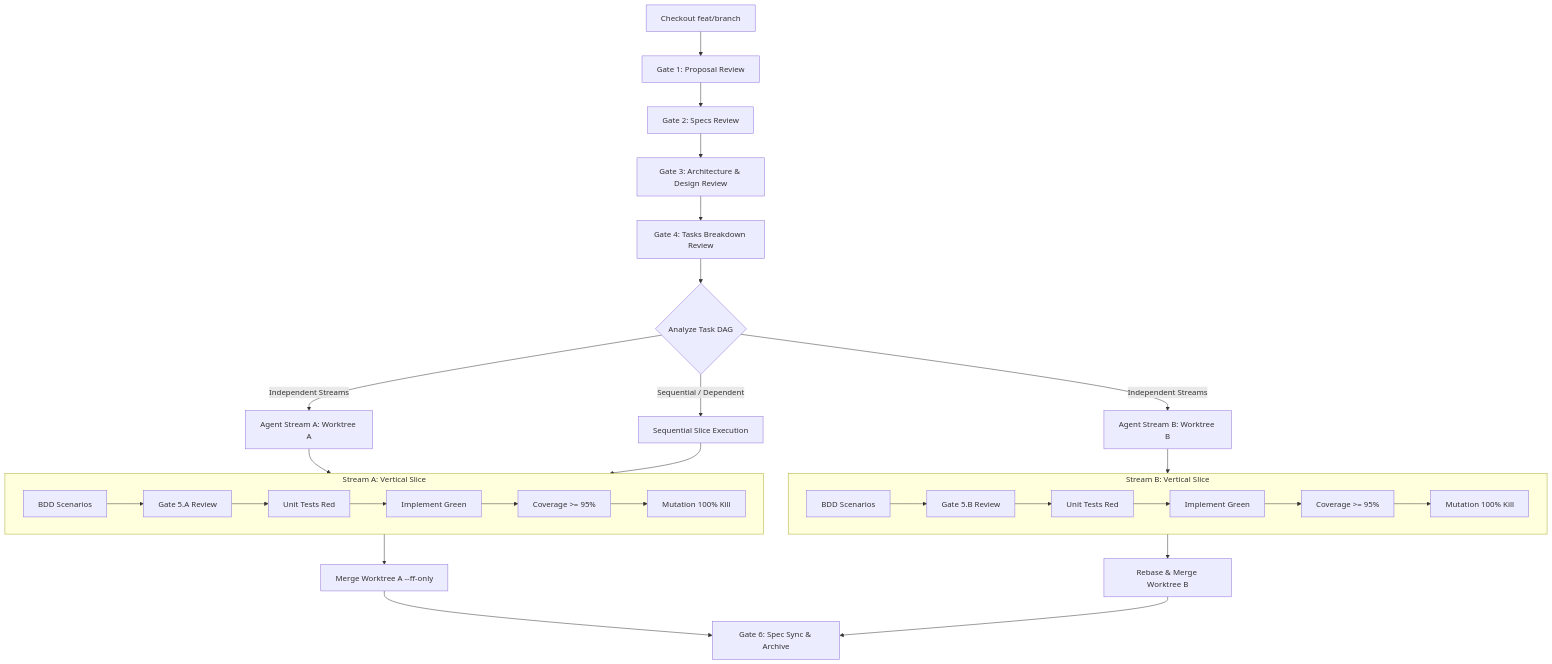
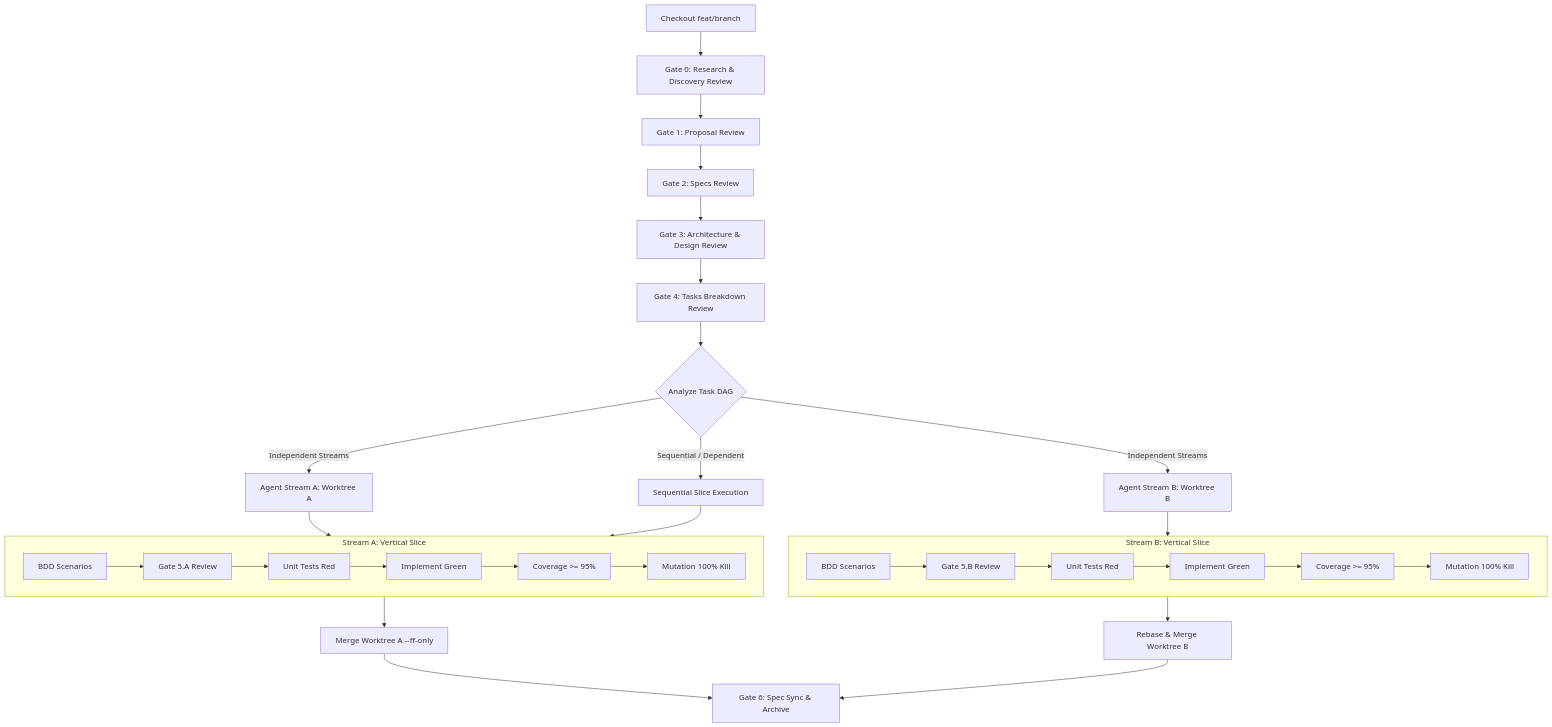
One commit to mgabs/sentiments changed the first of 2 diagrams in specs/WORKFLOW.md. Above: the diagram before and after it, drawn with Mermaid. The commit also changed other lines of this file and 1 other file, not shown here.

Commit message:
docs(workflow): mandate Gate 0 Research & Discovery before feature proposals

````diff
--- a/specs/WORKFLOW.md
+++ b/specs/WORKFLOW.md
@@ -84,37 +117,38 @@
 ```mermaid
 flowchart TD
-    B0[Checkout feat/branch] --> G1[Gate 1: Proposal Review]
+    B0[Checkout feat/branch] --> G0[Gate 0: Research & Discovery Review]
+    G0 --> G1[Gate 1: Proposal Review]
     G1 --> G2[Gate 2: Specs Review]
     G2 --> G3[Gate 3: Architecture & Design Review]
     G3 --> G4[Gate 4: Tasks Breakdown Review]
     G4 --> DAG{Analyze Task DAG}
 
     DAG -- Independent Streams --> S_A[Agent Stream A: Worktree A]
     DAG -- Independent Streams --> S_B[Agent Stream B: Worktree B]
     DAG -- Sequential / Dependent --> S_Seq[Sequential Slice Execution]
 
     subgraph StreamA_Loop [Stream A: Vertical Slice]
         A1[BDD Scenarios] --> GA[Gate 5.A Review]
         GA --> A2[Unit Tests Red]
         A2 --> A3[Implement Green]
         A3 --> A4[Coverage >= 95%]
         A4 --> A5[Mutation 100% Kill]
     end
 
     subgraph StreamB_Loop [Stream B: Vertical Slice]
         B1[BDD Scenarios] --> GB[Gate 5.B Review]
         GB --> B2[Unit Tests Red]
         B2 --> B3[Implement Green]
         B3 --> B4[Coverage >= 95%]
         B4 --> B5[Mutation 100% Kill]
     end
 
     S_A --> StreamA_Loop
     S_B --> StreamB_Loop
     S_Seq --> StreamA_Loop
 
     StreamA_Loop --> MA[Merge Worktree A --ff-only]
     StreamB_Loop --> MB[Rebase & Merge Worktree B]
 
     MA & MB --> G6[Gate 6: Spec Sync & Archive]
 ```
````
